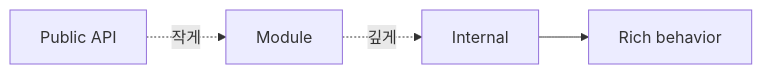
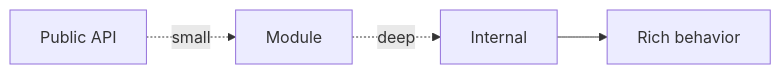
The diagram in content/software-design-101/ko/03-modules-and-boundaries.md (yeongseon-books/book-content), drawn with Mermaid before and after one commit. The commit also changed other lines of this file and 9 other files, not shown here.

````diff
--- a/content/software-design-101/ko/03-modules-and-boundaries.md
+++ b/content/software-design-101/ko/03-modules-and-boundaries.md
@@ -36,6 +50,6 @@
 ```mermaid
 flowchart LR
-    P["Public API"] -. 작게 .-> M["Module"]
-    M -. 깊게 .-> I["Internal"]
+    P["Public API"] -. small .-> M["Module"]
+    M -. deep .-> I["Internal"]
     I --> R["Rich behavior"]
 ```
````
